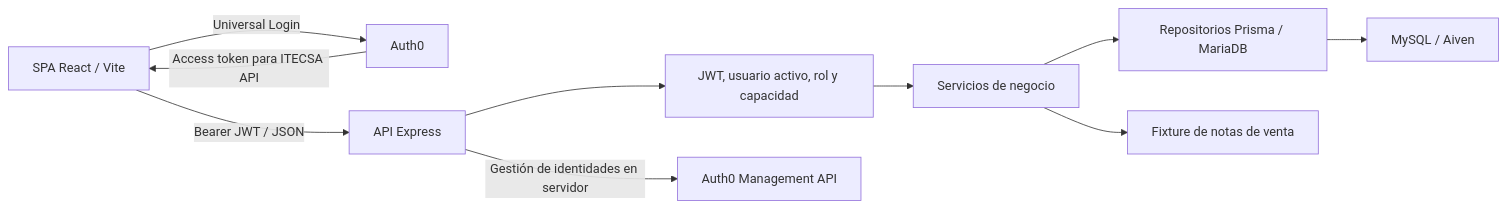
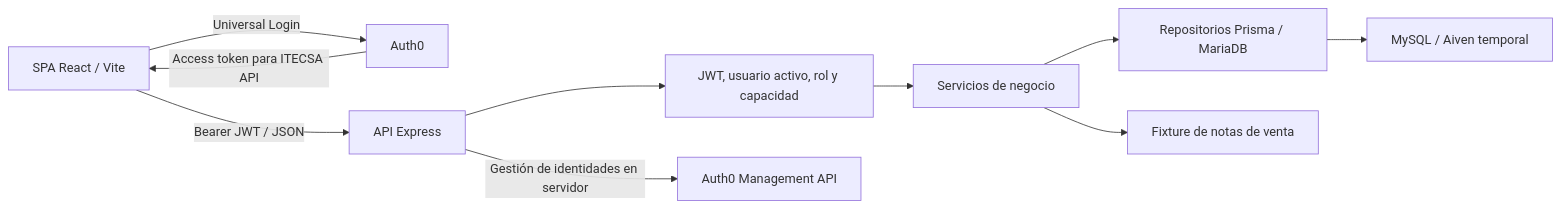
Before and after one commit to Grupo10ingsoftware/itecsa-app: the diagram in docs/arquitectura/ARQUITECTURA.md, drawn with Mermaid. The commit also changed other lines of this file and 6 other files, not shown here.

````diff
--- a/docs/arquitectura/ARQUITECTURA.md
+++ b/docs/arquitectura/ARQUITECTURA.md
@@ -7,12 +7,12 @@
 ```mermaid
 flowchart LR
     SPA["SPA React / Vite"] -->|"Universal Login"| AUTH0["Auth0"]
     AUTH0 -->|"Access token para ITECSA API"| SPA
     SPA -->|"Bearer JWT / JSON"| API["API Express"]
     API --> IDENTIDAD["JWT, usuario activo, rol y capacidad"]
     IDENTIDAD --> SERVICIOS["Servicios de negocio"]
     SERVICIOS --> REPOS["Repositorios Prisma / MariaDB"]
-    REPOS --> BD["MySQL / Aiven"]
+    REPOS --> BD["MySQL / Aiven temporal"]
     SERVICIOS --> FUENTE["Fixture de notas de venta"]
     API -->|"Gestión de identidades en servidor"| MANAGEMENT["Auth0 Management API"]
 ```
````
